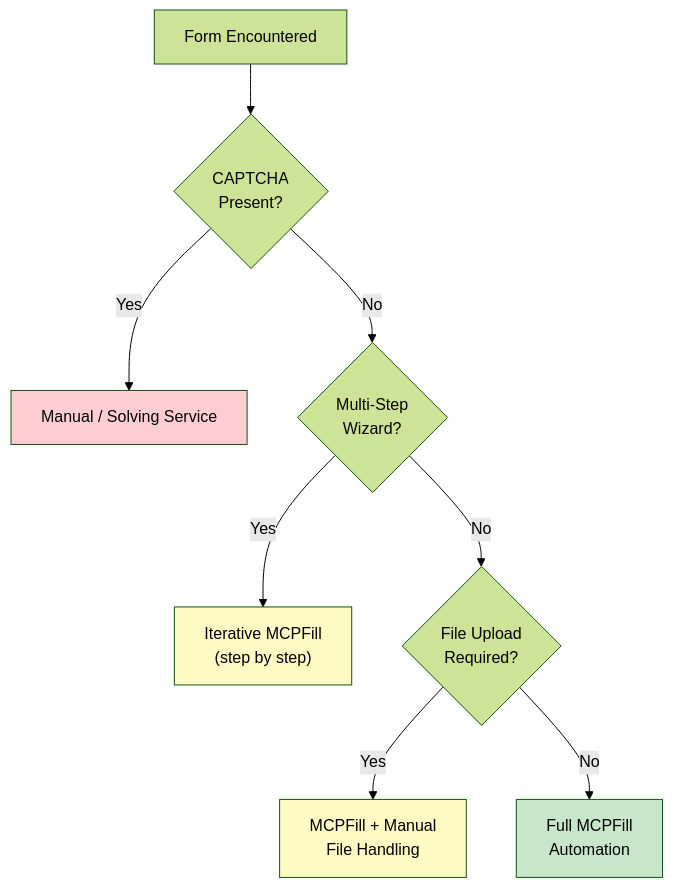
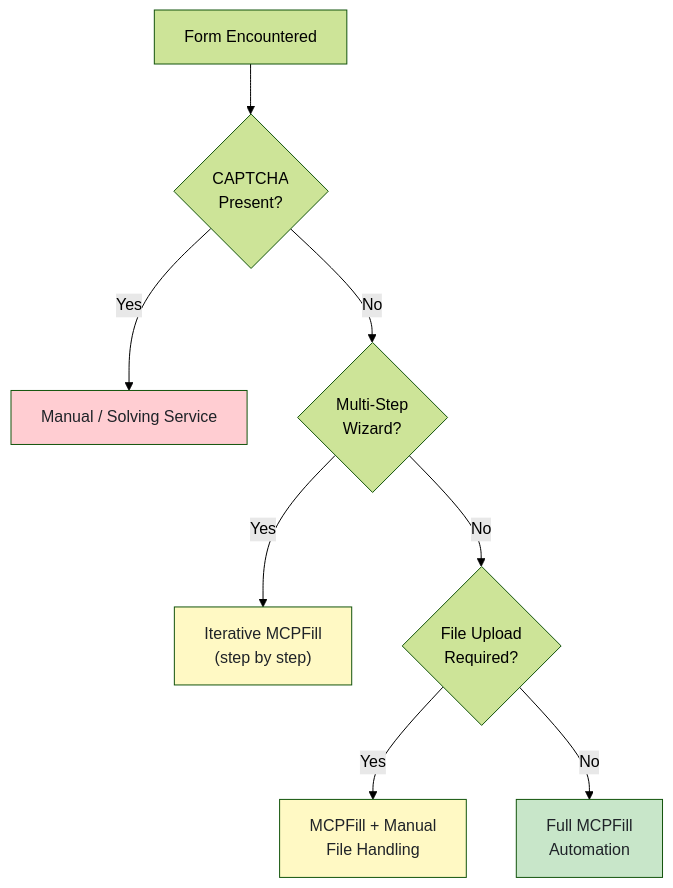
The third of 4 diagrams in _posts/2026-02-12-mcpfill-auto-filling-forms-model-context-protocol.md (bytetunnels/bytetunnels.github.com), drawn with Mermaid (forest theme) before and after one commit. The commit also changed other lines of this file and 118 other files, not shown here.

Commit message:
feat: improve diagram styling and compact wide flowcharts

````diff
--- a/_posts/2026-02-12-mcpfill-auto-filling-forms-model-context-protocol.md
+++ b/_posts/2026-02-12-mcpfill-auto-filling-forms-model-context-protocol.md
@@ -326,15 +326,15 @@
 ```mermaid
 flowchart TD
     A["Form Encountered"] --> B{"CAPTCHA<br>Present?"}
     B -->|Yes| C["Manual / Solving Service"]
     B -->|No| D{"Multi-Step<br>Wizard?"}
     D -->|Yes| E["Iterative MCPFill<br>(step by step)"]
     D -->|No| F{"File Upload<br>Required?"}
     F -->|Yes| G["MCPFill + Manual<br>File Handling"]
     F -->|No| H["Full MCPFill<br>Automation"]
 
-    style C fill:#ffcdd2
-    style E fill:#fff9c4
-    style G fill:#fff9c4
-    style H fill:#c8e6c9
+    style C fill:#ffcdd2,color:#1f2328
+    style E fill:#fff9c4,color:#1f2328
+    style G fill:#fff9c4,color:#1f2328
+    style H fill:#c8e6c9,color:#1f2328
 ```
````
